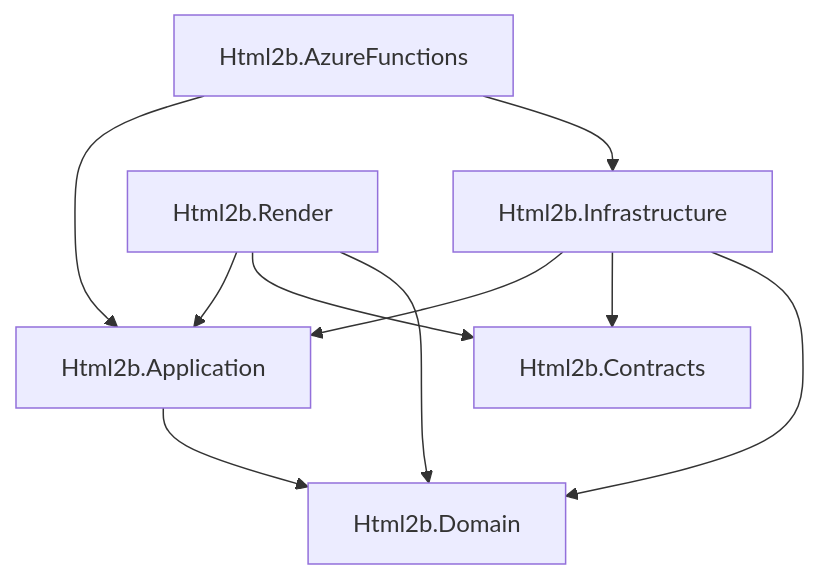
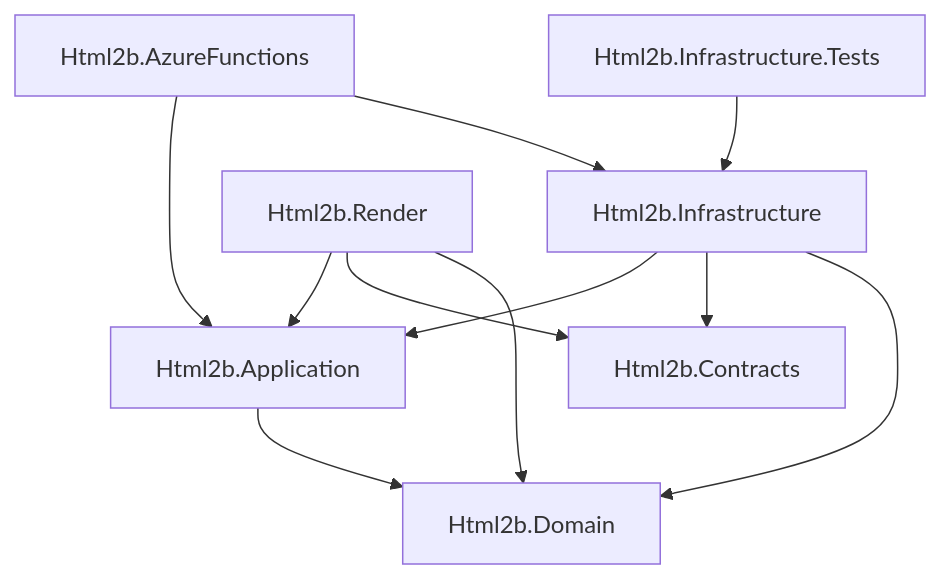
The second of 2 diagrams in docs/api/architecture.md (george-pov/html2b), drawn with Mermaid before and after one commit. The commit also changed other lines of this file and 3 other files, not shown here.

````diff
--- a/docs/api/architecture.md
+++ b/docs/api/architecture.md
@@ -65,15 +76,17 @@
 ```mermaid
 flowchart TD
     Functions["Html2b.AzureFunctions"] --> Application["Html2b.Application"]
     Functions --> Infrastructure["Html2b.Infrastructure"]
 
     Infrastructure --> Application
     Infrastructure --> Contracts["Html2b.Contracts"]
     Infrastructure --> Domain["Html2b.Domain"]
 
     Render["Html2b.Render"] --> Application
     Render --> Contracts
     Render --> Domain
 
     Application --> Domain
+
+    InfrastructureTests["Html2b.Infrastructure.Tests"] --> Infrastructure
 ```
````
